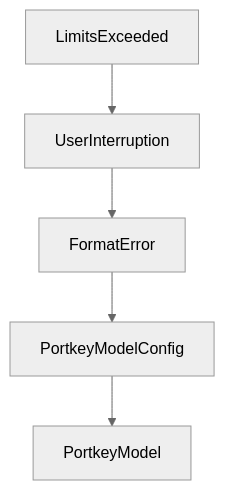
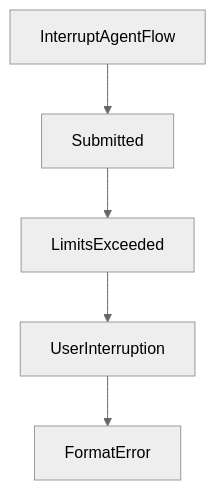
The diagram in tutorials/mini-swe-agent-tutorial/02-core-architecture-and-minimal-design.md (johnxie/awesome-code-docs), drawn with Mermaid (neutral theme) before and after one commit. The commit also changed other lines of this file and 1232 other files, not shown here.

````diff
--- a/tutorials/mini-swe-agent-tutorial/02-core-architecture-and-minimal-design.md
+++ b/tutorials/mini-swe-agent-tutorial/02-core-architecture-and-minimal-design.md
@@ -143,12 +144,12 @@
 ```mermaid
 flowchart TD
-    A[LimitsExceeded]
-    B[UserInterruption]
-    C[FormatError]
-    D[PortkeyModelConfig]
-    E[PortkeyModel]
+    A[InterruptAgentFlow]
+    B[Submitted]
+    C[LimitsExceeded]
+    D[UserInterruption]
+    E[FormatError]
     A --> B
     B --> C
     C --> D
     D --> E
 ```
````
